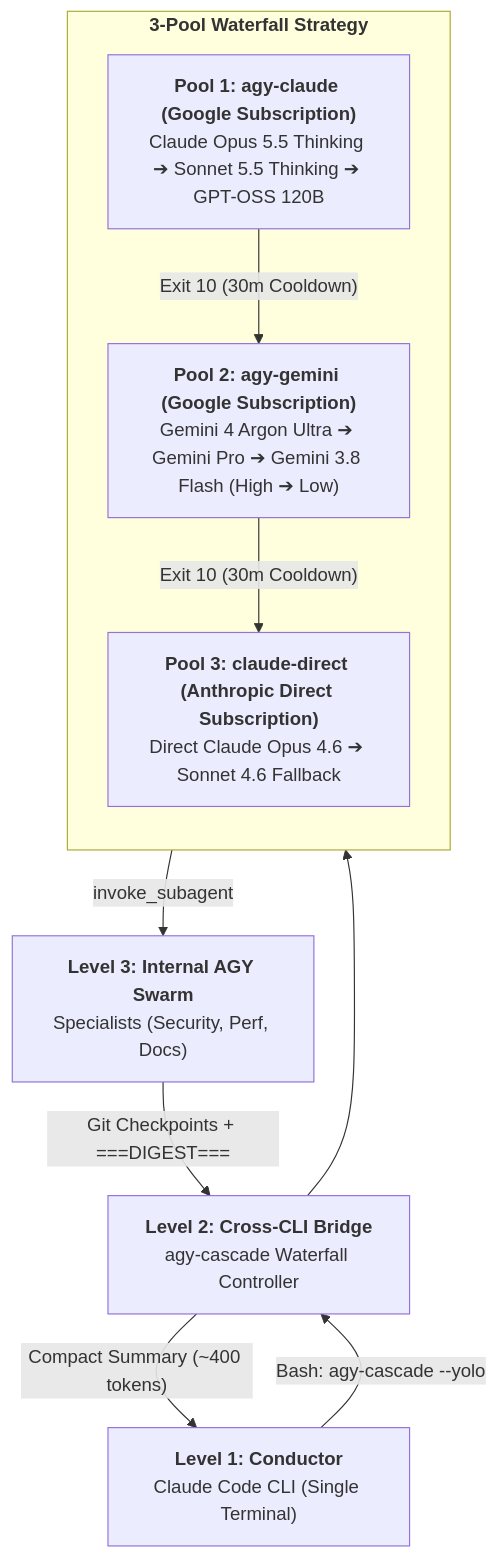
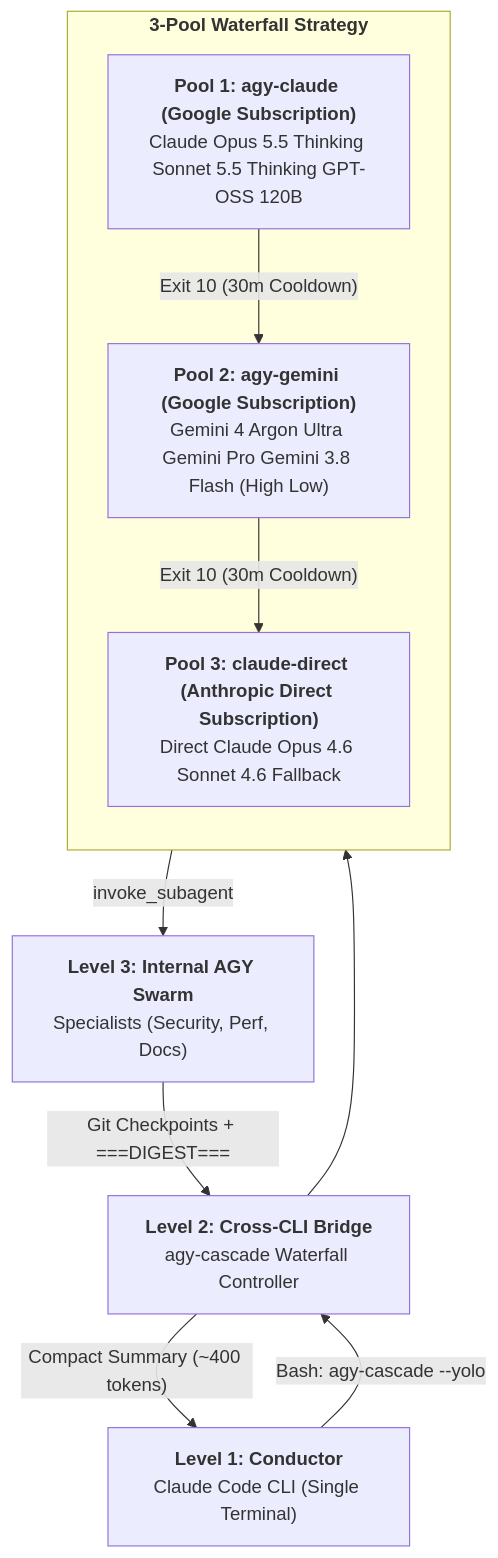
One commit to juanmarboledao2304/dual-agent-nexus changed the diagram in README.md. Above: the diagram before and after it, drawn with Mermaid. The commit also changed other lines of this file and 274 other files, not shown here.

````diff
--- a/README.md
+++ b/README.md
@@ -44,20 +54,20 @@
 ```mermaid
 flowchart TD
   L1["<b>Level 1: Conductor</b><br/>Claude Code CLI (Single Terminal)"]
   L1 -->|"Bash: agy-cascade --yolo"| Bridge["<b>Level 2: Cross-CLI Bridge</b><br/>agy-cascade Waterfall Controller"]
 
   subgraph Waterfall["<b>3-Pool Waterfall Strategy</b>"]
     direction TB
-    Pool1["<b>Pool 1: agy-claude (Google Subscription)</b><br/>Claude Opus 5.5 Thinking ➔ Sonnet 5.5 Thinking ➔ GPT-OSS 120B"]
-    Pool2["<b>Pool 2: agy-gemini (Google Subscription)</b><br/>Gemini 4 Argon Ultra ➔ Gemini Pro ➔ Gemini 3.8 Flash (High ➔ Low)"]
-    Pool3["<b>Pool 3: claude-direct (Anthropic Direct Subscription)</b><br/>Direct Claude Opus 4.6 ➔ Sonnet 4.6 Fallback"]
+    Pool1["<b>Pool 1: agy-claude (Google Subscription)</b><br/>Claude Opus 5.5 Thinking Sonnet 5.5 Thinking GPT-OSS 120B"]
+    Pool2["<b>Pool 2: agy-gemini (Google Subscription)</b><br/>Gemini 4 Argon Ultra Gemini Pro Gemini 3.8 Flash (High Low)"]
+    Pool3["<b>Pool 3: claude-direct (Anthropic Direct Subscription)</b><br/>Direct Claude Opus 4.6 Sonnet 4.6 Fallback"]
 
     Pool1 -->|"Exit 10 (30m Cooldown)"| Pool2
     Pool2 -->|"Exit 10 (30m Cooldown)"| Pool3
   end
 
   Bridge --> Waterfall
   Waterfall -->|"invoke_subagent"| L3["<b>Level 3: Internal AGY Swarm</b><br/>Specialists (Security, Perf, Docs)"]
   L3 -->|"Git Checkpoints + ===DIGEST==="| Bridge
   Bridge -->|"Compact Summary (~400 tokens)"| L1
 ```
````
